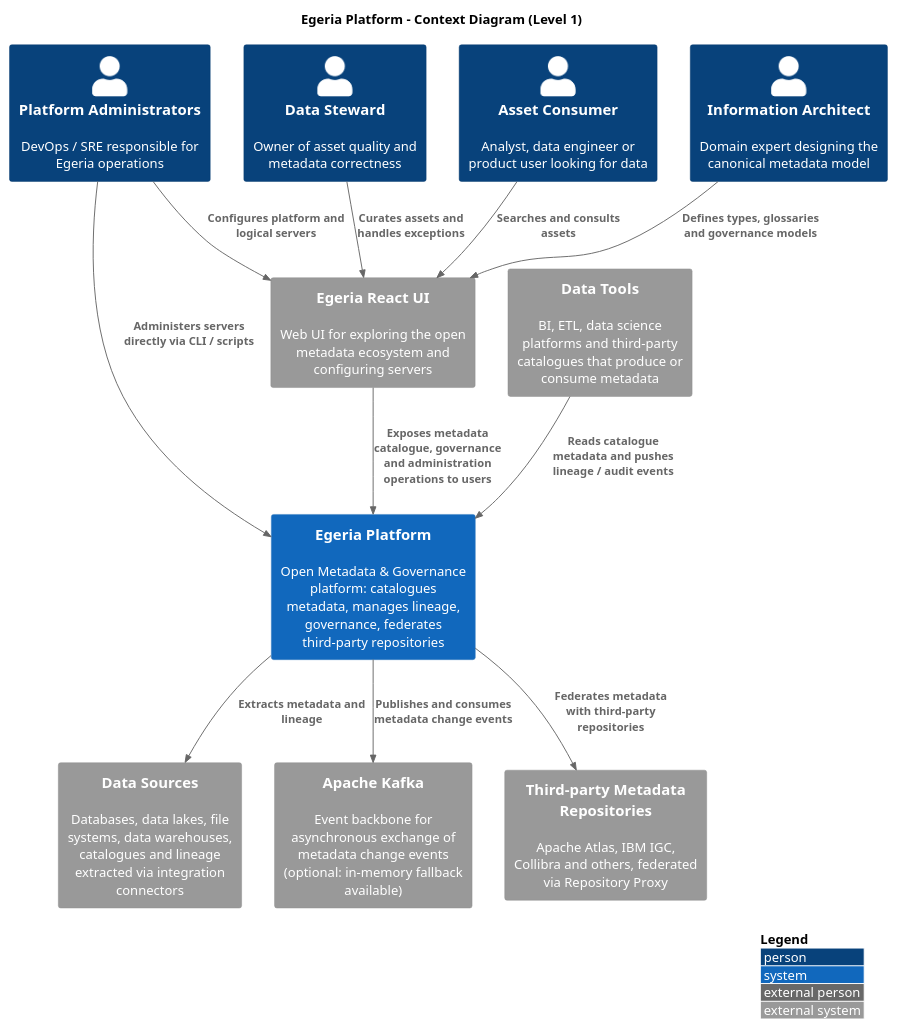
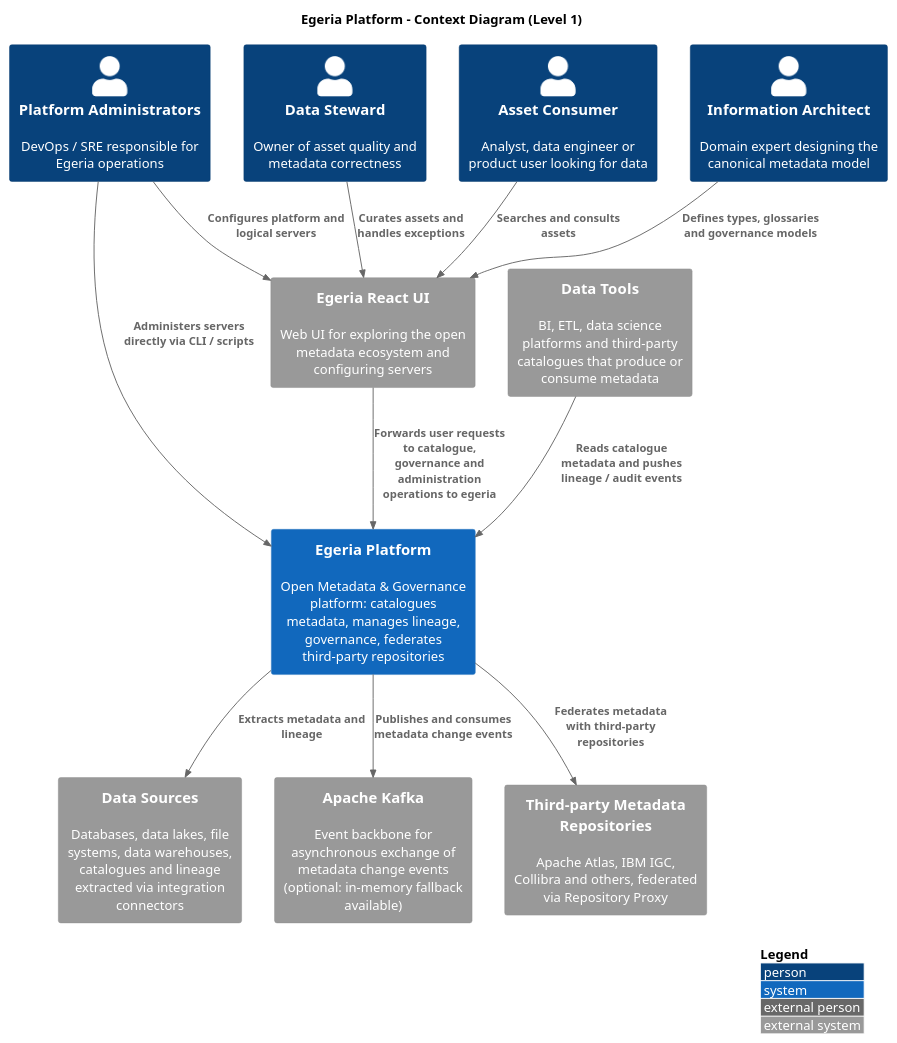
One commit to PoliTO-SwDA-2026-Team18/project changed the diagram in diagrams/c4/context.puml. Above: the diagram before and after it, drawn with PlantUML. The commit also changed 16 other files, not shown here.

```diff
--- a/diagrams/c4/context.puml
+++ b/diagrams/c4/context.puml
@@ -1,34 +1,34 @@
 @startuml C4_Context_Egeria
 !include https://raw.githubusercontent.com/plantuml-stdlib/C4-PlantUML/master/C4_Context.puml
 
 LAYOUT_WITH_LEGEND()
 
 title Egeria Platform - Context Diagram (Level 1)
 
 Person(architect, "Information Architect", "Domain expert designing the canonical metadata model")
 Person(steward,   "Data Steward",          "Owner of asset quality and metadata correctness")
 Person(consumer,  "Asset Consumer",        "Analyst, data engineer or product user looking for data")
 Person(admin,     "Platform Administrators","DevOps / SRE responsible for Egeria operations")
 
 System(egeria, "Egeria Platform", "Open Metadata & Governance platform: catalogues metadata, manages lineage, governance, federates third-party repositories")
 
 System_Ext(dataSources,   "Data Sources", "Databases, data lakes, file systems, data warehouses, catalogues and lineage extracted via integration connectors")
 System_Ext(externalTools, "Data Tools",   "BI, ETL, data science platforms and third-party catalogues that produce or consume metadata")
 System_Ext(kafka,         "Apache Kafka",                     "Event backbone for asynchronous exchange of metadata change events (optional: in-memory fallback available)")
 System_Ext(thirdPartyRepo,"Third-party Metadata Repositories","Apache Atlas, IBM IGC, Collibra and others, federated via Repository Proxy")
 System_Ext(ui,            "Egeria React UI",                  "Web UI for exploring the open metadata ecosystem and configuring servers")
 
 Rel(architect, ui, "Defines types, glossaries and governance models")
 Rel(steward,   ui, "Curates assets and handles exceptions")
 Rel(consumer,  ui, "Searches and consults assets")
 Rel(admin,     ui, "Configures platform and logical servers")
 Rel(admin,     egeria, "Administers servers directly via CLI / scripts")
 
-Rel(ui, egeria, "Exposes metadata catalogue, governance and administration operations to users")
+Rel(ui, egeria, "Forwards user requests to catalogue, governance and administration operations to egeria")
 
 Rel(egeria, dataSources,    "Extracts metadata and lineage")
 Rel(egeria, kafka,          "Publishes and consumes metadata change events")
 Rel(egeria, thirdPartyRepo, "Federates metadata with third-party repositories")
 Rel(externalTools, egeria, "Reads catalogue metadata and pushes lineage / audit events")
 
 @enduml
```
